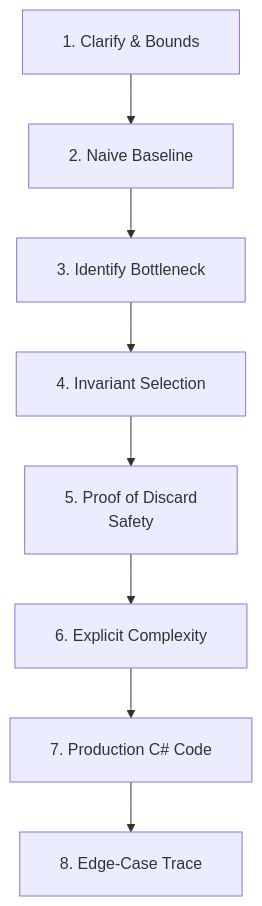
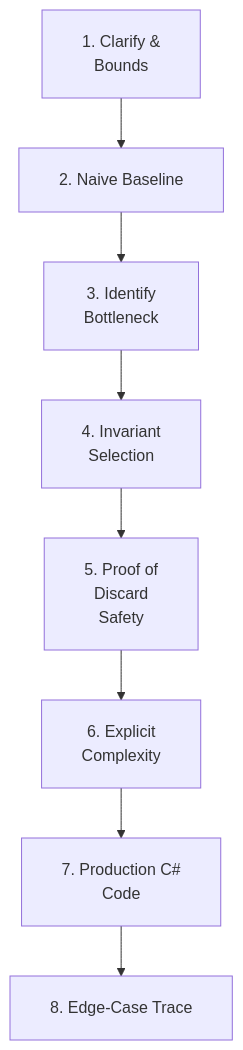
The diagram in Top_10_Company_High_ROI_DSA_Curriculum.md (dip4k/DSA_102), drawn with Mermaid before and after one commit. The commit also changed 106 other files, not shown here.

First line of the commit message:
fix(mermaid): prevent text clipping with foreignObject overflow and tighter line wrapping

````diff
--- a/Top_10_Company_High_ROI_DSA_Curriculum.md
+++ b/Top_10_Company_High_ROI_DSA_Curriculum.md
@@ -383,11 +383,11 @@
 ```mermaid
-%%{init: {"flowchart": {"htmlLabels": true, "padding": 20}}}%%
+%%{init: {"flowchart": {"htmlLabels": true, "padding": 20}, "themeCSS": "foreignObject { overflow: visible !important; }"}}%%
 flowchart TD
-    S1["1. Clarify & Bounds"] --> S2["2. Naive Baseline"]
-    S2 --> S3["3. Identify Bottleneck"]
-    S3 --> S4["4. Invariant Selection"]
-    S4 --> S5["5. Proof of Discard<br/>Safety"]
-    S5 --> S6["6. Explicit Complexity"]
-    S6 --> S7["7. Production C# Code"]
+    S1["1. Clarify &<br/>Bounds"] --> S2["2. Naive Baseline"]
+    S2 --> S3["3. Identify<br/>Bottleneck"]
+    S3 --> S4["4. Invariant<br/>Selection"]
+    S4 --> S5["5. Proof of<br/>Discard<br/>Safety"]
+    S5 --> S6["6. Explicit<br/>Complexity"]
+    S6 --> S7["7. Production C#<br/>Code"]
     S7 --> S8["8. Edge-Case Trace"]
 ```
````
